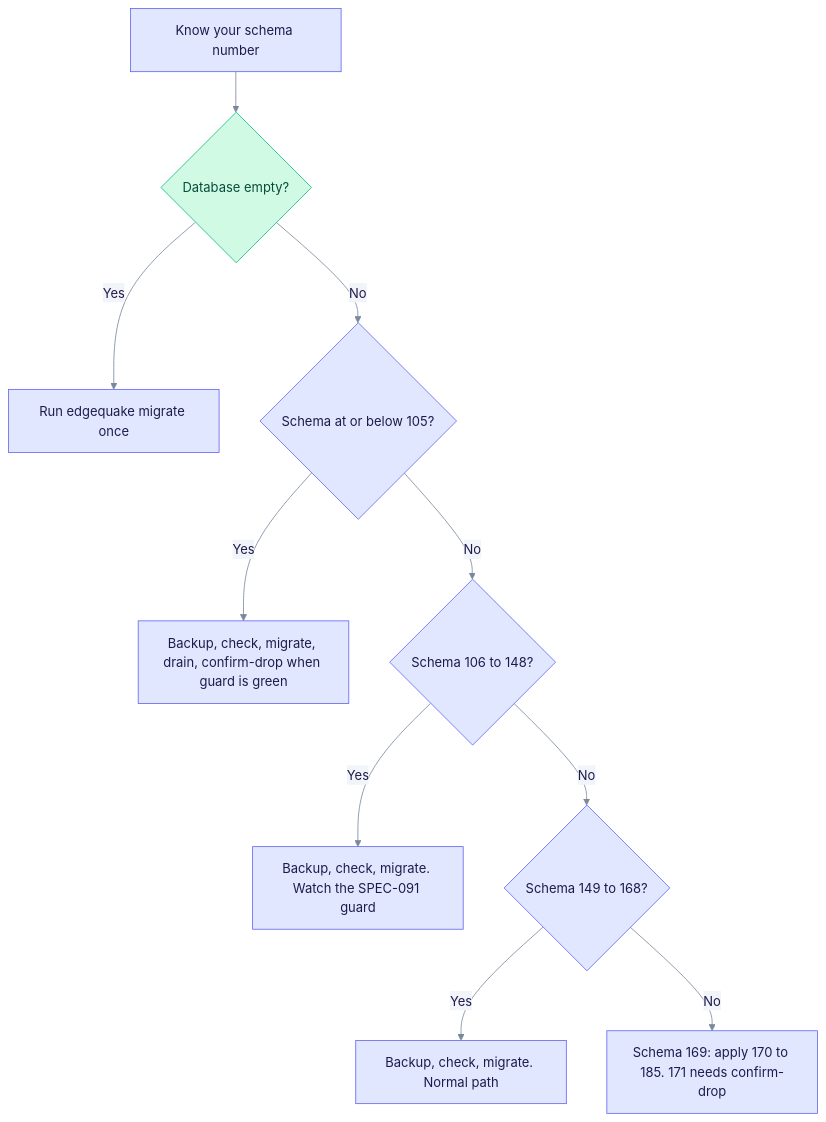
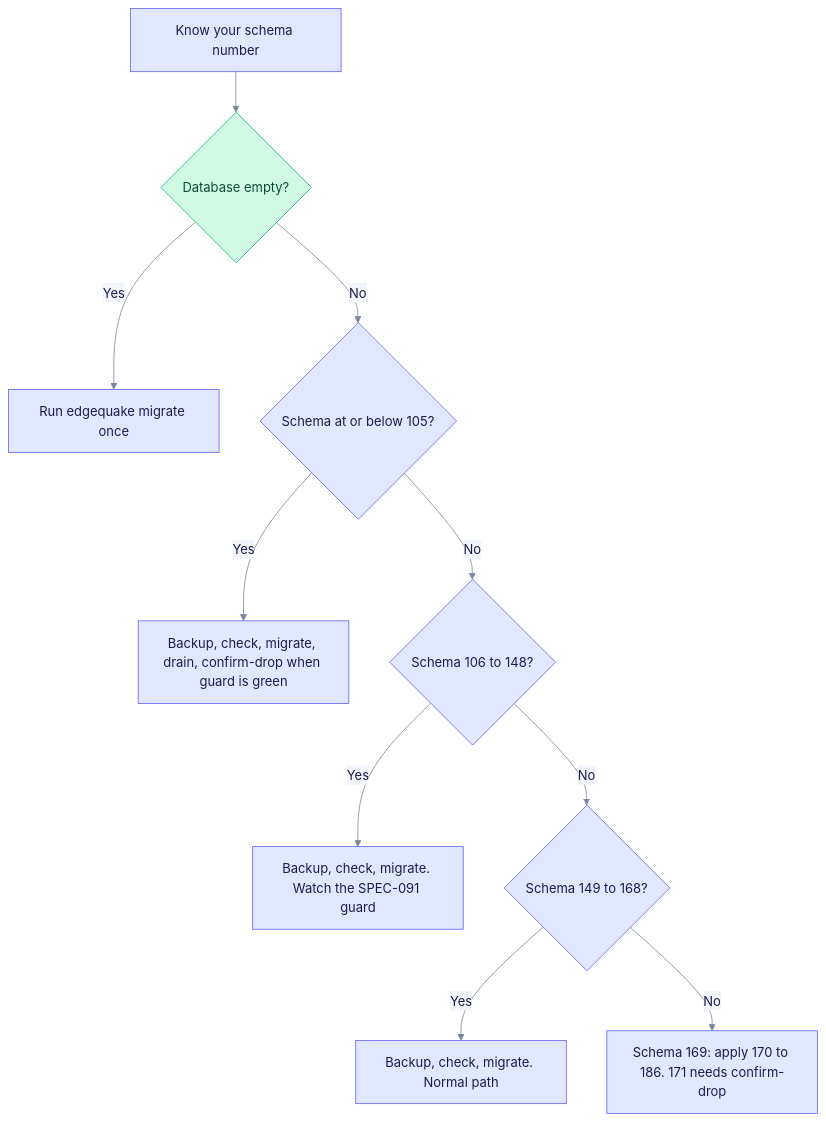
Before and after one commit to YatchiYa/edgequake: the first of 3 diagrams in docs/operations/upgrading.md, drawn with Mermaid. The commit also changed other lines of this file and 9 other files, not shown here.

````diff
--- a/docs/operations/upgrading.md
+++ b/docs/operations/upgrading.md
@@ -24,17 +24,17 @@
 ```mermaid
 %%{init: {"theme":"base","themeVariables":{"primaryColor":"#E0E7FF","primaryBorderColor":"#6366F1","primaryTextColor":"#1E1B4B","secondaryColor":"#D1FAE5","secondaryBorderColor":"#10B981","secondaryTextColor":"#064E3B","tertiaryColor":"#FEF3C7","tertiaryBorderColor":"#F59E0B","tertiaryTextColor":"#6B7A90","lineColor":"#7A889C","clusterBkg":"rgba(99,102,241,0.07)","clusterBorder":"#A5B4FC","noteBkgColor":"#FEF9C3","noteTextColor":"#422006","textColor":"#6B7A90","titleColor":"#6B7A90","signalColor":"#7A889C","signalTextColor":"#6B7A90","loopTextColor":"#6B7A90","edgeLabelBackground":"#F1F5F9","actorLineColor":"#94A3B8"}}}%%
 %% eq-theme:v1
 flowchart TD
   A["Know your schema number"] --> B{"Database empty?"}
   B -->|Yes| C["Run edgequake migrate once"]
   B -->|No| D{"Schema at or below 105?"}
   D -->|Yes| E["Backup, check, migrate, drain, confirm-drop when guard is green"]
   D -->|No| F{"Schema 106 to 148?"}
   F -->|Yes| G["Backup, check, migrate. Watch the SPEC-091 guard"]
   F -->|No| H{"Schema 149 to 168?"}
   H -->|Yes| I["Backup, check, migrate. Normal path"]
-  H -->|No| J["Schema 169: apply 170 to 185. 171 needs confirm-drop"]
+  H -->|No| J["Schema 169: apply 170 to 186. 171 needs confirm-drop"]
 %% eq-classes
 classDef eqStore fill:#D1FAE5,stroke:#10B981,color:#064E3B
 class B eqStore
 ```
````
